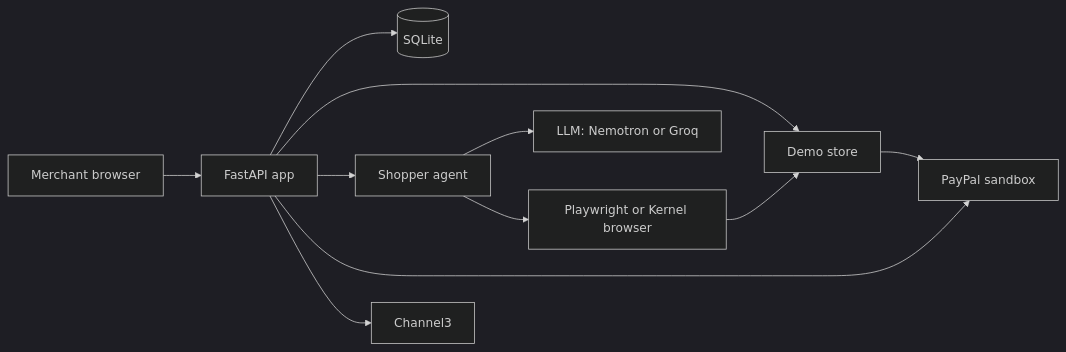
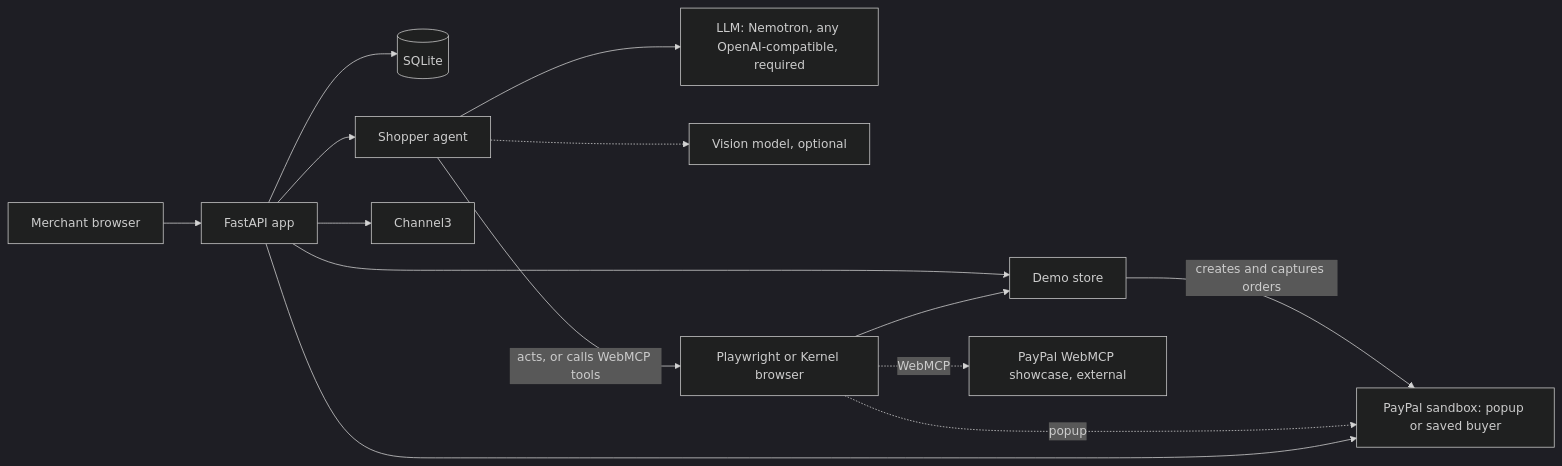
Before and after one commit to tropicalbee/GhostShopper: the diagram in docs/TRD.md, drawn with Mermaid (dark theme). The commit also changed 14 other files, not shown here.

Commit message:
docs: banner without run numbers, architecture and data-model diagrams, mermaid, run 60 and 61 evidence

````diff
--- a/docs/TRD.md
+++ b/docs/TRD.md
@@ -20,13 +20,16 @@
 ```mermaid
 flowchart LR
   M[Merchant browser] --> F[FastAPI app]
   F --> D[(SQLite)]
   F --> ST[Demo store]
   F --> AG[Shopper agent]
-  AG --> LLM[LLM: Nemotron or Groq]
-  AG --> BR[Playwright or Kernel browser]
+  AG --> LLM[LLM: Nemotron, any OpenAI-compatible, required]
+  AG -.-> VL[Vision model, optional]
+  AG -- acts, or calls WebMCP tools --> BR[Playwright or Kernel browser]
+  BR -. WebMCP .-> SH[PayPal WebMCP showcase, external]
   BR --> ST
-  ST --> PP[PayPal sandbox]
+  ST -- creates and captures orders --> PP[PayPal sandbox: popup or saved buyer]
+  BR -. popup .-> PP
   F --> PP
   F --> CH[Channel3]
 ```
````
